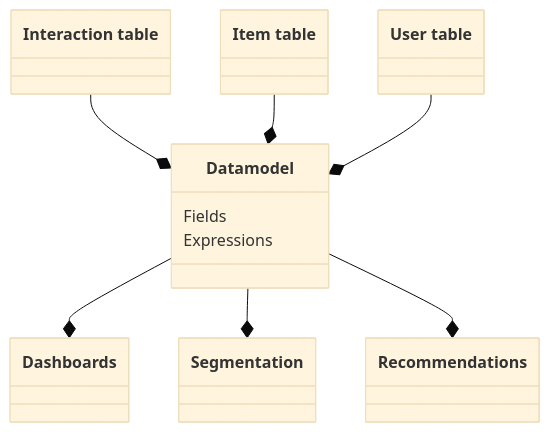
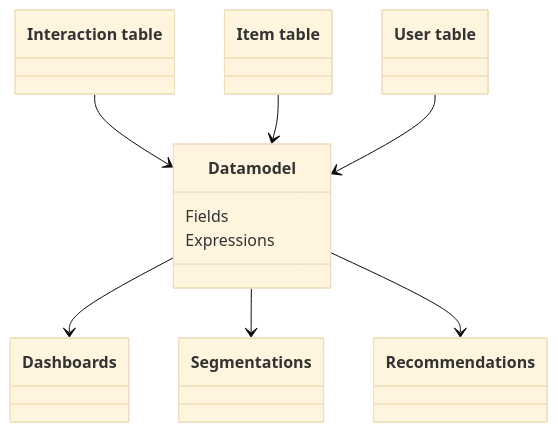
The diagram in docs/Platform/Menu/Manage Data/Data-Models.md (infobaleen/infobaleen.github.io), drawn with Mermaid (base theme) before and after one commit. The commit also changed other lines of this file and 15 other files, not shown here.

````diff
--- a/docs/Platform/Menu/Manage Data/Data-Models.md
+++ b/docs/Platform/Menu/Manage Data/Data-Models.md
@@ -4,11 +10,11 @@
 ```mermaid
 classDiagram
-`Interaction table` --* Datamodel
-`Item table` --* Datamodel
-`User table` --* Datamodel
+`Interaction table` --> Datamodel
+`Item table` --> Datamodel
+`User table` --> Datamodel
 Datamodel: Fields
 Datamodel: Expressions
-Datamodel --* Dashboards
-Datamodel --* Segmentation
-Datamodel --* Recommendations
+Datamodel --> Dashboards
+Datamodel --> Segmentations
+Datamodel --> Recommendations
 ```
````
